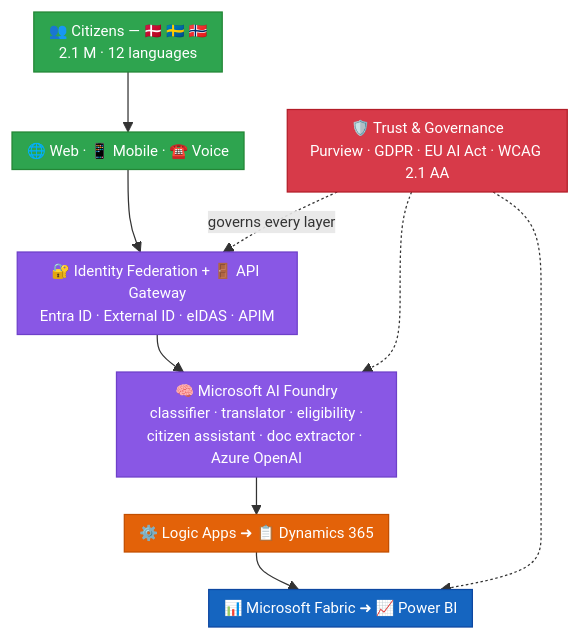
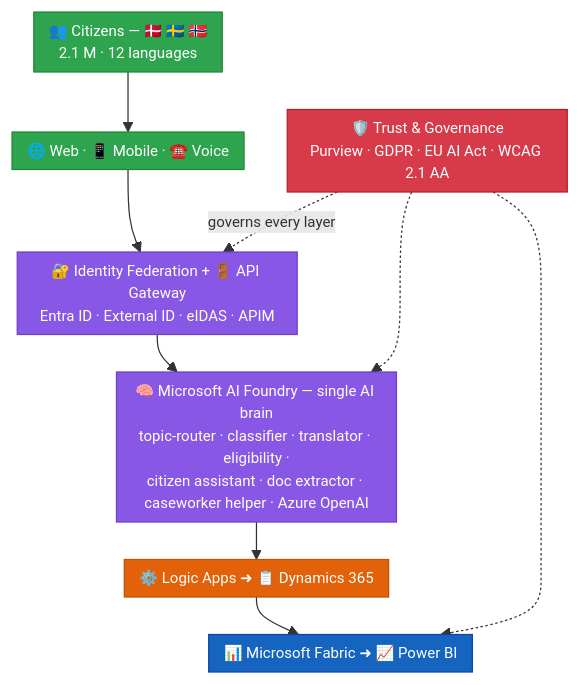
One commit to fredgis/UDCSP changed the second of 2 diagrams in README.md. Above: the diagram before and after it, drawn with Mermaid. The commit also changed other lines of this file and 4 other files, not shown here.

First line of the commit message:
fix(readme,docs): align with reality: 25 phases (not 24), 7 agents in diagram, real doc paths

````diff
--- a/README.md
+++ b/README.md
@@ -61,24 +61,24 @@
 ```mermaid
 %%{ init: { 'flowchart': { 'nodeSpacing': 25, 'rankSpacing': 30, 'padding': 6 }, 'themeVariables': { 'fontSize': '12px' } } }%%
 graph TB
     Citizens["👥 Citizens — 🇩🇰 🇸🇪 🇳🇴<br/>2.1 M · 12 languages"]
     Channels["🌐 Web · 📱 Mobile · ☎️ Voice"]
     Edge["🔐 Identity Federation + 🚪 API Gateway<br/>Entra ID · External ID · eIDAS · APIM"]
-    Foundry["🧠 Microsoft AI Foundry<br/>classifier · translator · eligibility ·<br/>citizen assistant · doc extractor · Azure OpenAI"]
+    Foundry["🧠 Microsoft AI Foundry — single AI brain<br/>topic-router · classifier · translator · eligibility ·<br/>citizen assistant · doc extractor · caseworker helper · Azure OpenAI"]
     Process["⚙️ Logic Apps  ➜  📋 Dynamics 365"]
     Data["📊 Microsoft Fabric  ➜  📈 Power BI"]
     Governance["🛡️ Trust &amp; Governance<br/>Purview · GDPR · EU AI Act · WCAG 2.1 AA"]
 
     Citizens --> Channels --> Edge --> Foundry --> Process --> Data
     Governance -. governs every layer .-> Edge
     Governance -.-> Foundry
     Governance -.-> Data
 
     style Citizens fill:#2ea44f,stroke:#238636,color:#fff
     style Channels fill:#2ea44f,stroke:#238636,color:#fff
     style Edge fill:#8957e5,stroke:#6e40c9,color:#fff
     style Foundry fill:#8957e5,stroke:#6e40c9,color:#fff
     style Process fill:#e36209,stroke:#c24e00,color:#fff
     style Data fill:#1565c0,stroke:#0d47a1,color:#fff
     style Governance fill:#d73a49,stroke:#b31d28,color:#fff
 ```
````
